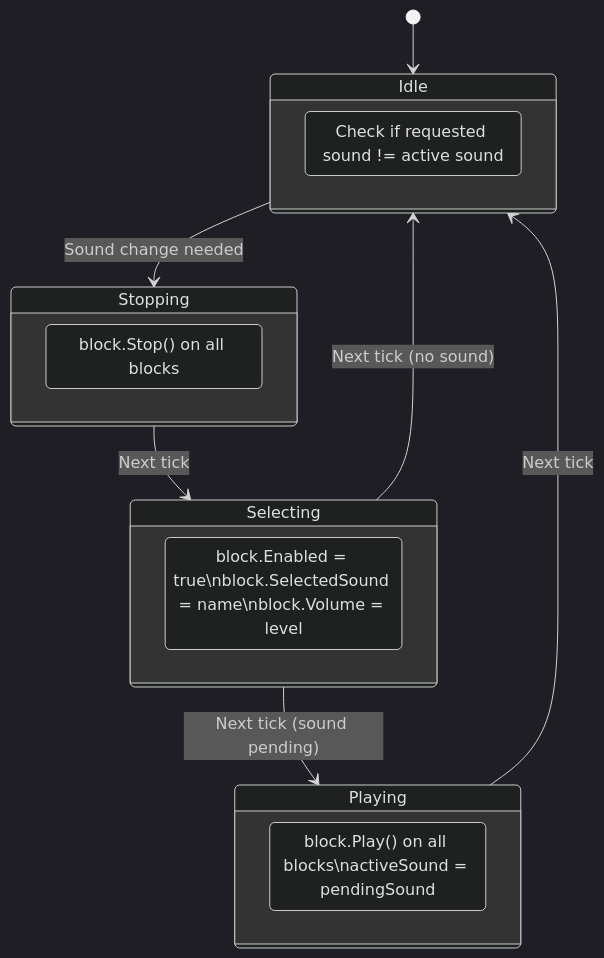
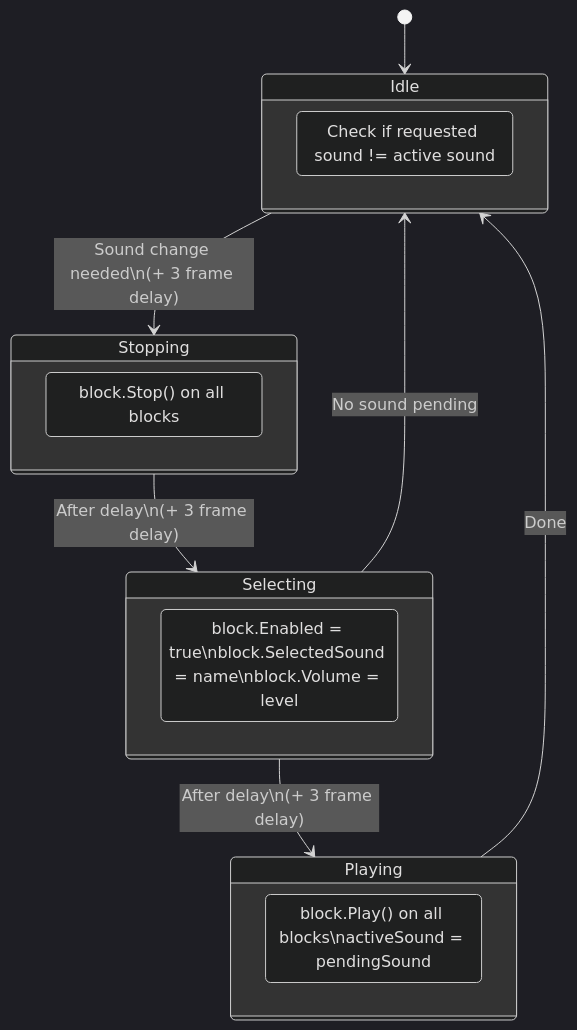
One commit to Terilia/JetOS changed the second of 3 diagrams in docs/sound-system.md. Above: the diagram before and after it, drawn with Mermaid (dark theme). The commit also changed other lines of this file and 21 other files, not shown here.

````diff
--- a/docs/sound-system.md
+++ b/docs/sound-system.md
@@ -60,23 +62,23 @@
 ```mermaid
 stateDiagram-v2
     [*] --> Idle
 
-    Idle --> Stopping: Sound change needed
-    Stopping --> Selecting: Next tick
-    Selecting --> Playing: Next tick (sound pending)
-    Selecting --> Idle: Next tick (no sound)
-    Playing --> Idle: Next tick
+    Idle --> Stopping: Sound change needed\n(+ 3 frame delay)
+    Stopping --> Selecting: After delay\n(+ 3 frame delay)
+    Selecting --> Playing: After delay\n(+ 3 frame delay)
+    Selecting --> Idle: No sound pending
+    Playing --> Idle: Done
 
     state Idle {
         [*]: Check if requested sound != active sound
     }
     state Stopping {
         [*]: block.Stop() on all blocks
     }
     state Selecting {
         [*]: block.Enabled = true\nblock.SelectedSound = name\nblock.Volume = level
     }
     state Playing {
         [*]: block.Play() on all blocks\nactiveSound = pendingSound
     }
 ```
````
